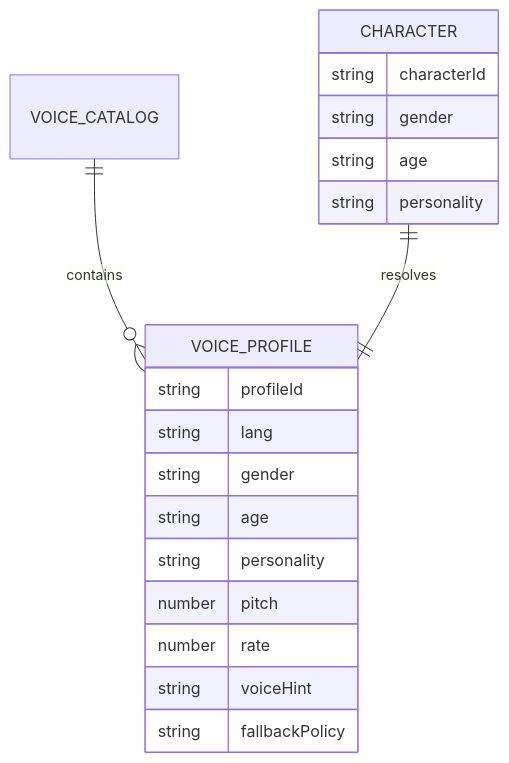
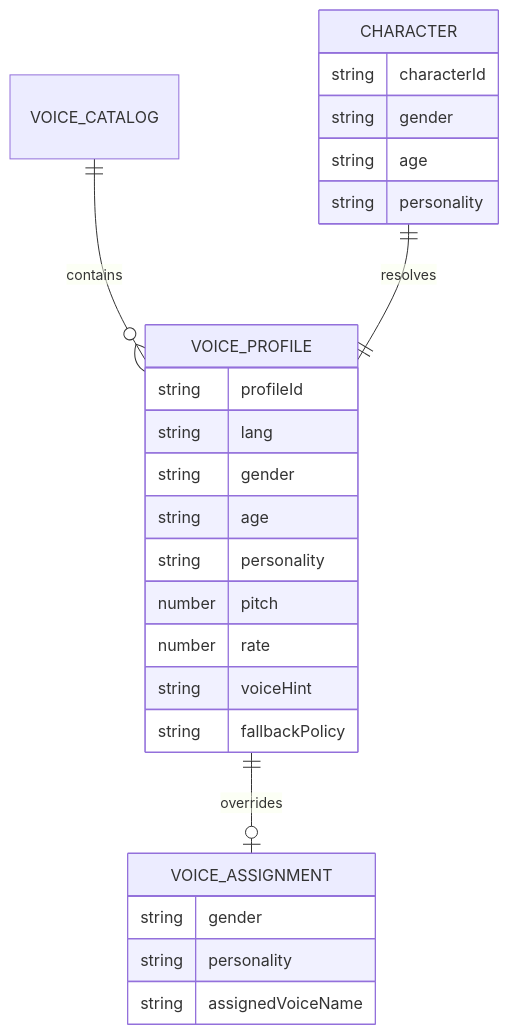
One commit to twStellerWhale-Ocean2/solKidGalGame1 changed the fifth of 8 diagrams in docs/design.md. Above: the diagram before and after it, drawn with Mermaid. The commit also changed other lines of this file and 2 other files, not shown here.

````diff
--- a/docs/design.md
+++ b/docs/design.md
@@ -285,22 +290,28 @@
 ```mermaid
 erDiagram
   VOICE_CATALOG ||--o{ VOICE_PROFILE : contains
   CHARACTER ||--|| VOICE_PROFILE : resolves
+  VOICE_PROFILE ||--o| VOICE_ASSIGNMENT : overrides
   VOICE_PROFILE {
     string profileId
     string lang
     string gender
     string age
     string personality
     number pitch
     number rate
     string voiceHint
     string fallbackPolicy
   }
   CHARACTER {
     string characterId
     string gender
     string age
     string personality
   }
+  VOICE_ASSIGNMENT {
+    string gender
+    string personality
+    string assignedVoiceName
+  }
 ```
````
